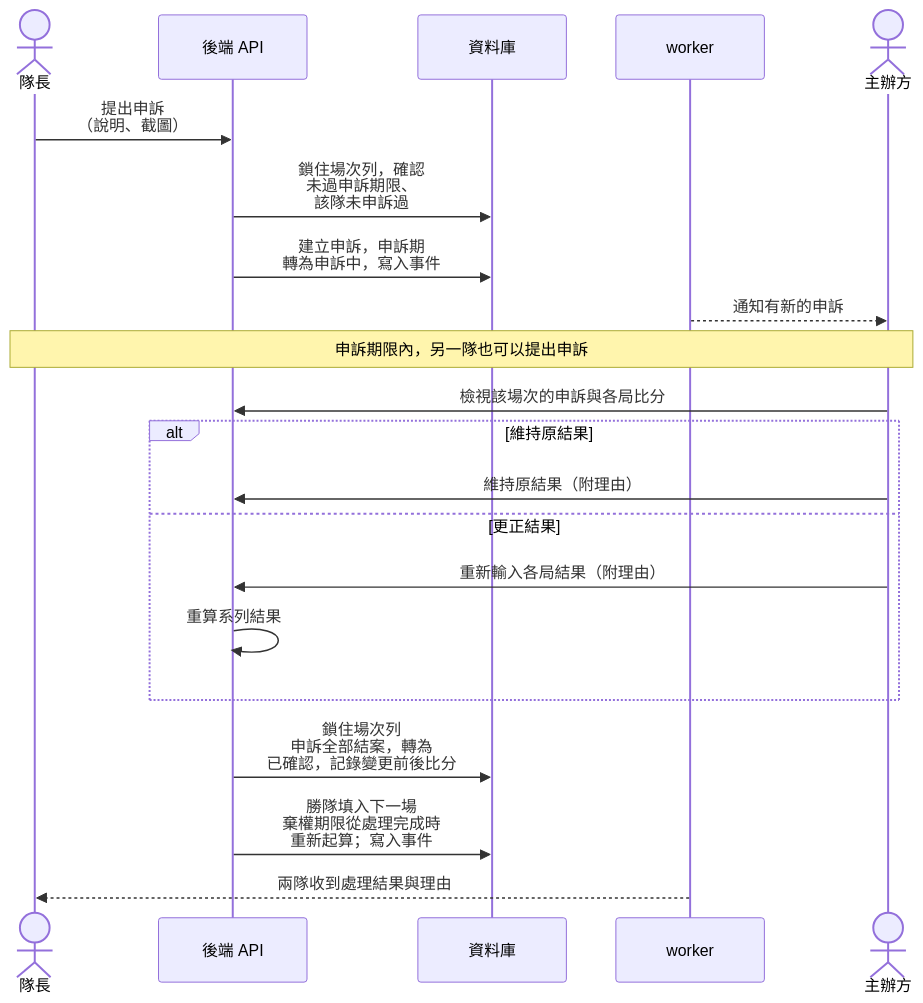
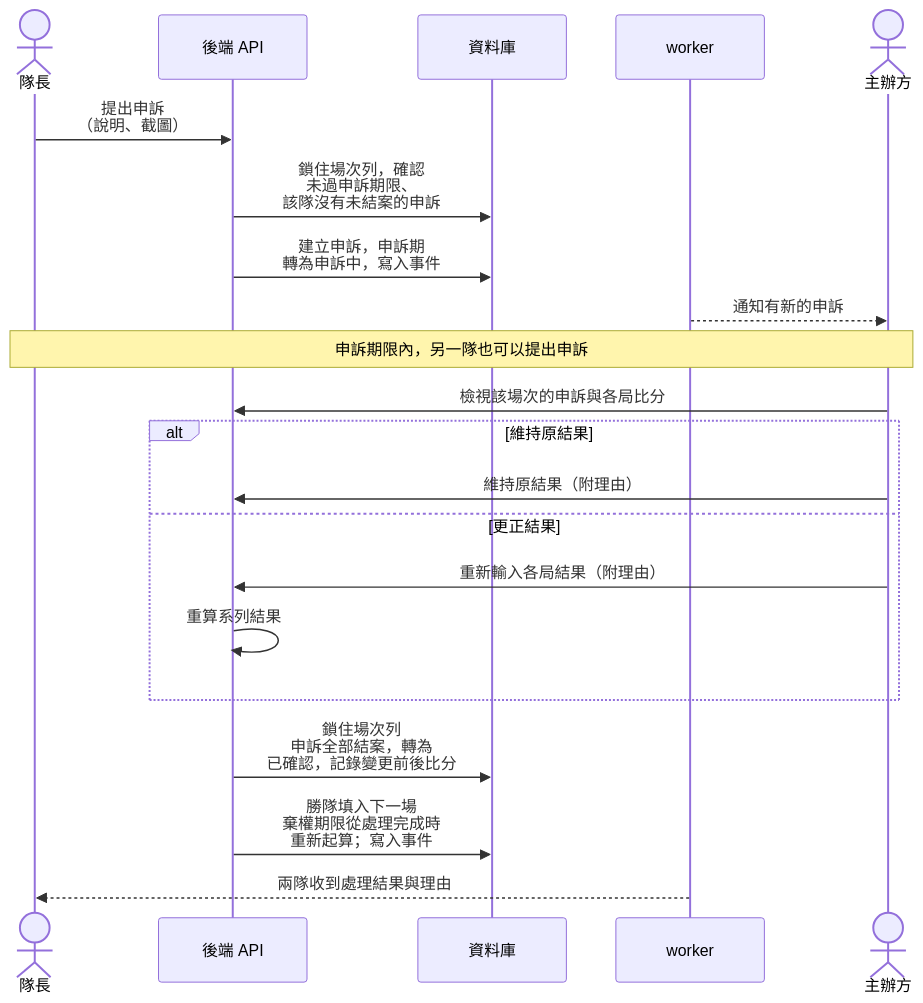
Diagram 15 of 15 in docs/midterm/B-軟體需求分析文件.md (Team14good/esport-platform), drawn with Mermaid before and after one commit. The commit also changed other lines of this file and 14 other files, not shown here.

````diff
--- a/docs/midterm/B-軟體需求分析文件.md
+++ b/docs/midterm/B-軟體需求分析文件.md
@@ -1275,23 +1358,23 @@
 ```mermaid
 sequenceDiagram
   actor Cap as 隊長
   participant API as 後端 API
   participant DB as 資料庫
   participant W as worker
   actor Org as 主辦方
   Cap->>API: 提出申訴<br/>（說明、截圖）
-  API->>DB: 鎖住場次列，確認<br/>未過申訴期限、<br/>該隊未申訴過
+  API->>DB: 鎖住場次列，確認<br/>未過申訴期限、<br/>該隊沒有未結案的申訴
   API->>DB: 建立申訴，申訴期<br/>轉為申訴中，寫入事件
   W-->>Org: 通知有新的申訴
   Note over Cap,Org: 申訴期限內，另一隊也可以提出申訴
   Org->>API: 檢視該場次的申訴與各局比分
   alt 維持原結果
     Org->>API: 維持原結果（附理由）
   else 更正結果
     Org->>API: 重新輸入各局結果（附理由）
     API->>API: 重算系列結果
   end
   API->>DB: 鎖住場次列<br/>申訴全部結案，轉為<br/>已確認，記錄變更前後比分
   API->>DB: 勝隊填入下一場<br/>棄權期限從處理完成時<br/>重新起算；寫入事件
   W-->>Cap: 兩隊收到處理結果與理由
 ```
````
